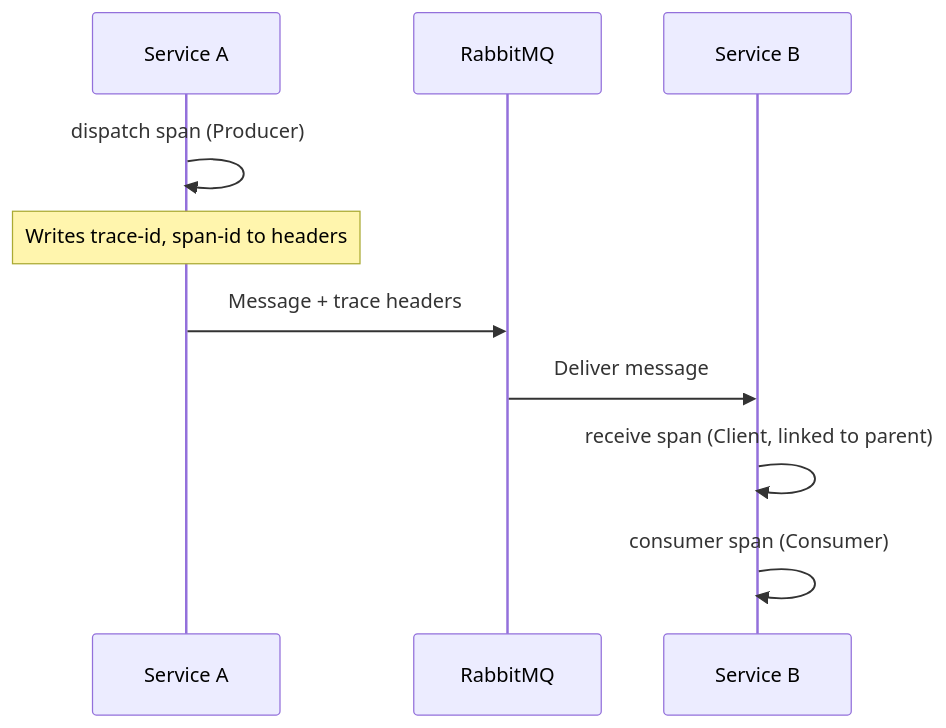
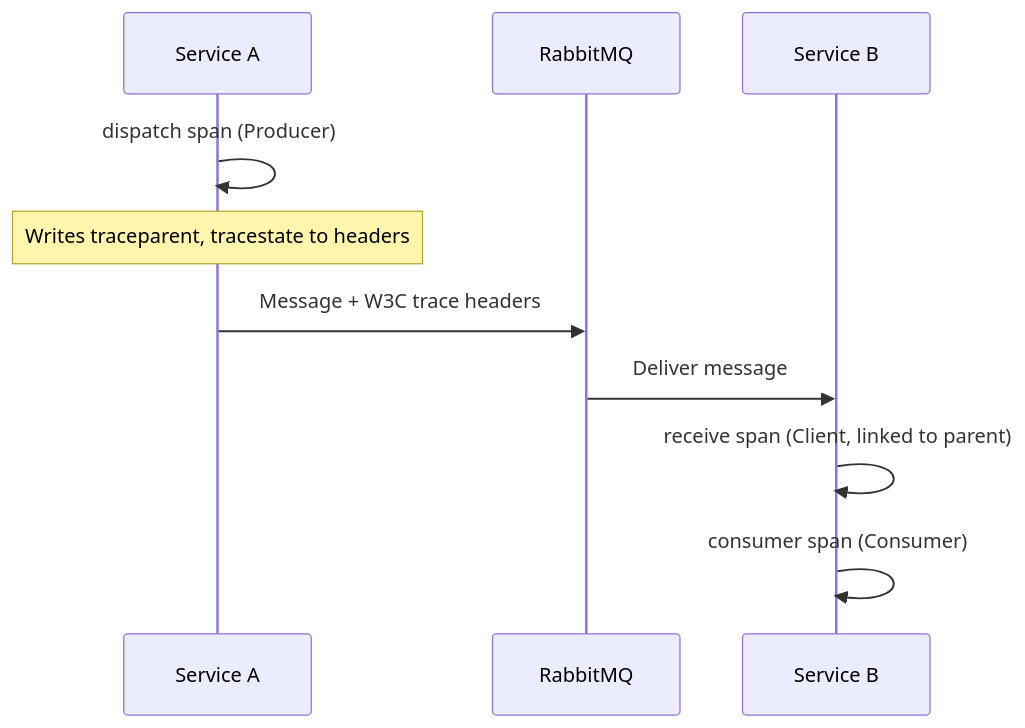
Before and after one commit to ChilliCream/graphql-platform: the diagram in website/src/docs/mocha/v1/observability.md, drawn with Mermaid. The commit also changed other lines of this file, not shown here.

````diff
--- a/website/src/docs/mocha/v1/observability.md
+++ b/website/src/docs/mocha/v1/observability.md
@@ -68,13 +68,13 @@
 ```mermaid
 sequenceDiagram
     participant A as Service A
     participant Broker as RabbitMQ
     participant B as Service B
 
     A->>A: dispatch span (Producer)
-    Note over A: Writes trace-id, span-id to headers
-    A->>Broker: Message + trace headers
+    Note over A: Writes traceparent, tracestate to headers
+    A->>Broker: Message + W3C trace headers
     Broker->>B: Deliver message
     B->>B: receive span (Client, linked to parent)
     B->>B: consumer span (Consumer)
 ```
````
